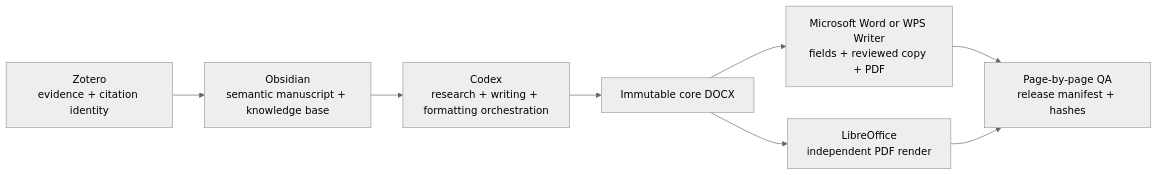
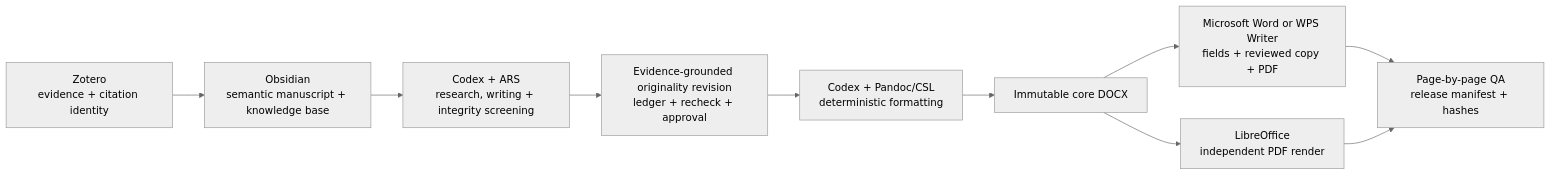
The diagram in README.md (zdzZDZ123/zotero-obsidian-codex-word-wps-workflow), drawn with Mermaid (neutral theme) before and after one commit. The commit also changed other lines of this file and 47 other files, not shown here.

Commit message:
feat: add evidence-grounded originality revision

````diff
--- a/README.md
+++ b/README.md
@@ -27,10 +31,12 @@
 ```mermaid
 flowchart LR
   Z["Zotero<br/>evidence + citation identity"] --> O["Obsidian<br/>semantic manuscript + knowledge base"]
-  O --> C["Codex<br/>research + writing + formatting orchestration"]
-  C --> D["Immutable core DOCX"]
+  O --> C["Codex + ARS<br/>research, writing + integrity screening"]
+  C --> R["Evidence-grounded originality revision<br/>ledger + recheck + approval"]
+  R --> F["Codex + Pandoc/CSL<br/>deterministic formatting"]
+  F --> D["Immutable core DOCX"]
   D --> E["Microsoft Word or WPS Writer<br/>fields + reviewed copy + PDF"]
   D --> L["LibreOffice<br/>independent PDF render"]
   E --> Q["Page-by-page QA<br/>release manifest + hashes"]
   L --> Q
 ```
````
